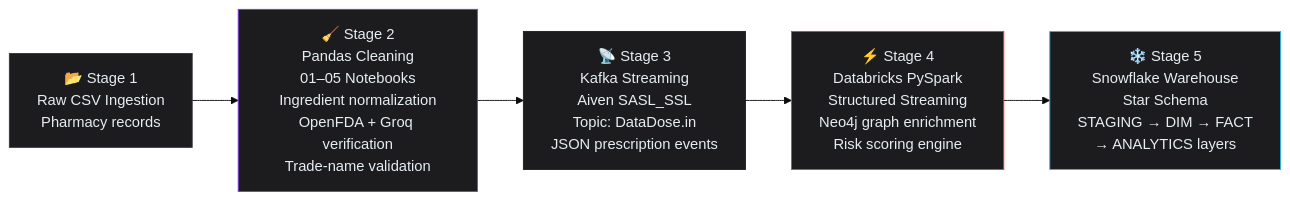
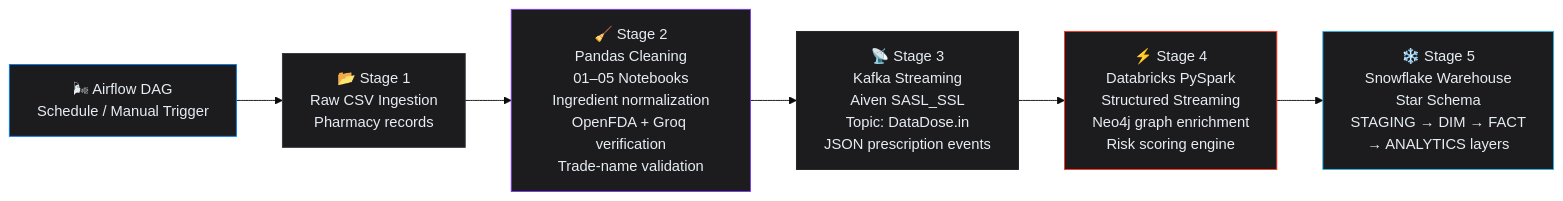
Before and after one commit to Youssef-Adel91/DataDose: the second of 7 diagrams in README.md, drawn with Mermaid (base theme). The commit also changed other lines of this file, not shown here.

````diff
--- a/README.md
+++ b/README.md
@@ -279,14 +288,16 @@
 ```mermaid
 flowchart LR
+    S0["🌬 Airflow DAG\nSchedule / Manual Trigger"] -->
     S1["📂 Stage 1\nRaw CSV Ingestion\nPharmacy records"] -->
     S2["🧹 Stage 2\nPandas Cleaning\n01–05 Notebooks\nIngredient normalization\nOpenFDA + Groq verification\nTrade-name validation"] -->
     S3["📡 Stage 3\nKafka Streaming\nAiven SASL_SSL\nTopic: DataDose.in\nJSON prescription events"] -->
     S4["⚡ Stage 4\nDatabricks PySpark\nStructured Streaming\nNeo4j graph enrichment\nRisk scoring engine"] -->
     S5["❄️ Stage 5\nSnowflake Warehouse\nStar Schema\nSTAGING → DIM → FACT\n→ ANALYTICS layers"]
 
+    style S0 fill:#1C1C1E,stroke:#017CEE,color:#E6EDF3
     style S1 fill:#1C1C1E,stroke:#30363D,color:#E6EDF3
     style S2 fill:#1C1C1E,stroke:#7C3AED,color:#E6EDF3
     style S3 fill:#1C1C1E,stroke:#231F20,color:#E6EDF3
     style S4 fill:#1C1C1E,stroke:#FF3621,color:#E6EDF3
     style S5 fill:#1C1C1E,stroke:#29B5E8,color:#E6EDF3
 ```
````
